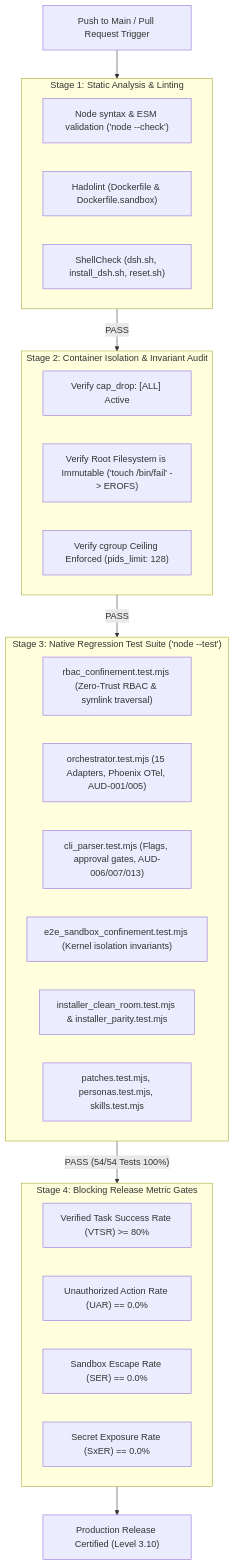
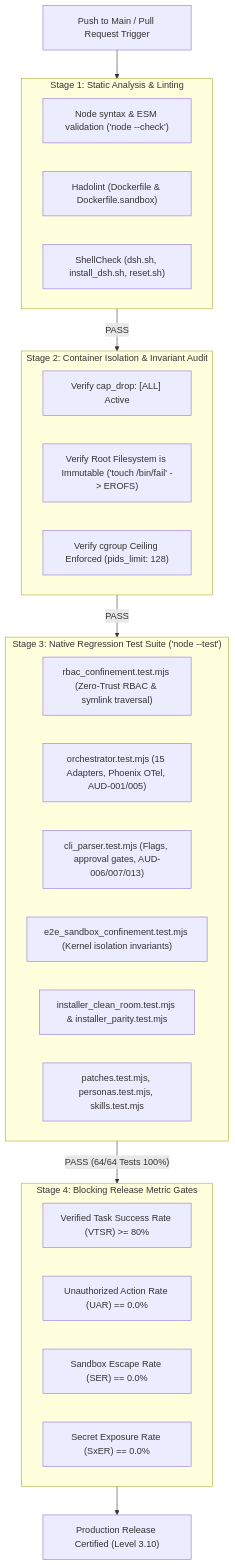
Before and after one commit to hdjebar/DSH-DDS: the fourth of 5 diagrams in docs/future-development/SOTA-ResearchReport-ProductionArch.md, drawn with Mermaid. The commit also changed other lines of this file and 20 other files, not shown here.

````diff
--- a/docs/future-development/SOTA-ResearchReport-ProductionArch.md
+++ b/docs/future-development/SOTA-ResearchReport-ProductionArch.md
@@ -324,40 +324,40 @@
 ```mermaid
 flowchart TD
     PR["Push to Main / Pull Request Trigger"] --> Stage1
 
     subgraph Stage1["Stage 1: Static Analysis & Linting"]
         Syntax["Node syntax & ESM validation ('node --check')"]
         Hadolint["Hadolint (Dockerfile & Dockerfile.sandbox)"]
         ShellCheck["ShellCheck (dsh.sh, install_dsh.sh, reset.sh)"]
     end
 
     Stage1 -->|"PASS"| Stage2
 
     subgraph Stage2["Stage 2: Container Isolation & Invariant Audit"]
         CapDrop["Verify cap_drop: [ALL] Active"]
         RootFS["Verify Root Filesystem is Immutable ('touch /bin/fail' -> EROFS)"]
         Pids["Verify cgroup Ceiling Enforced (pids_limit: 128)"]
     end
 
     Stage2 -->|"PASS"| Stage3
 
     subgraph Stage3["Stage 3: Native Regression Test Suite ('node --test')"]
         Suite1["rbac_confinement.test.mjs (Zero-Trust RBAC & symlink traversal)"]
         Suite2["orchestrator.test.mjs (15 Adapters, Phoenix OTel, AUD-001/005)"]
         Suite3["cli_parser.test.mjs (Flags, approval gates, AUD-006/007/013)"]
         Suite4["e2e_sandbox_confinement.test.mjs (Kernel isolation invariants)"]
         Suite5["installer_clean_room.test.mjs & installer_parity.test.mjs"]
         Suite6["patches.test.mjs, personas.test.mjs, skills.test.mjs"]
     end
 
-    Stage3 -->|"PASS (54/54 Tests 100%)"| Stage4
+    Stage3 -->|"PASS (64/64 Tests 100%)"| Stage4
 
     subgraph Stage4["Stage 4: Blocking Release Metric Gates"]
         VTSR["Verified Task Success Rate (VTSR) >= 80%"]
         UAR["Unauthorized Action Rate (UAR) == 0.0%"]
         SER["Sandbox Escape Rate (SER) == 0.0%"]
         SxER["Secret Exposure Rate (SxER) == 0.0%"]
     end
 
     Stage4 --> Approved["Production Release Certified (Level 3.10)"]
 ```
````
